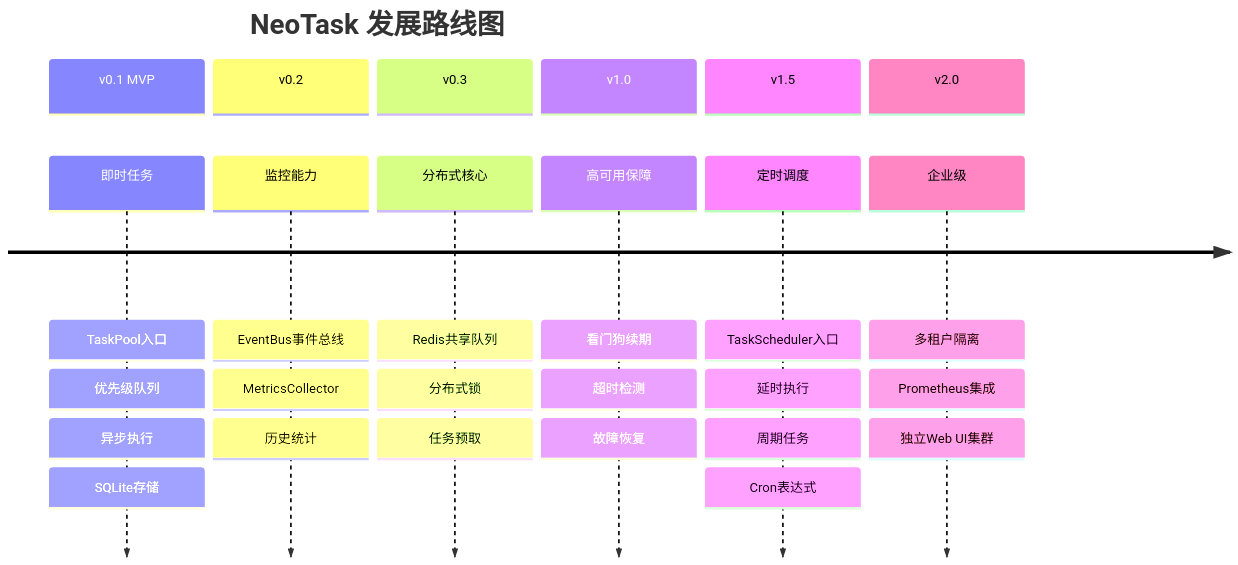
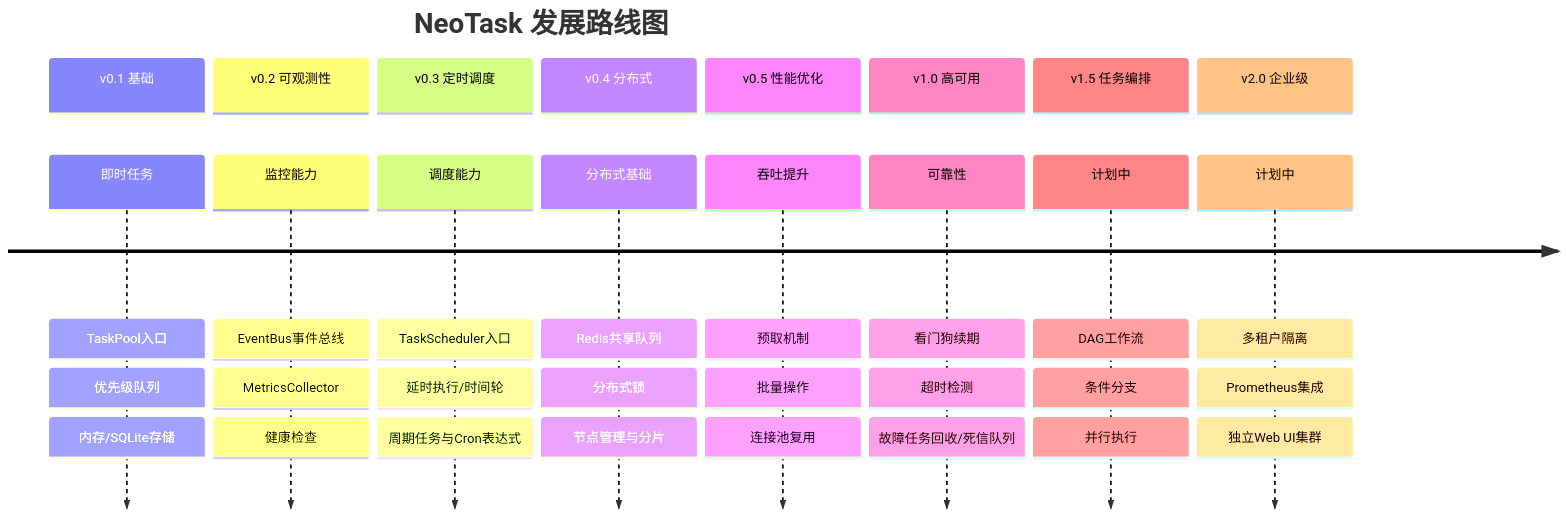
The fifth of 5 diagrams in docs/ARCHITECTURE.md (neopen/neotask), drawn with Mermaid before and after one commit. The commit also changed other lines of this file and 118 other files, not shown here.

````diff
--- a/docs/ARCHITECTURE.md
+++ b/docs/ARCHITECTURE.md
@@ -548,36 +574,44 @@
 ```mermaid
 timeline
     title NeoTask 发展路线图
-    
-    section v0.1 MVP
+
+    section v0.1 基础
         即时任务 : TaskPool入口
                  : 优先级队列
-                 : 异步执行
-                 : SQLite存储
-                 
-    section v0.2
+                 : 内存/SQLite存储
+
+    section v0.2 可观测性
         监控能力 : EventBus事件总线
                  : MetricsCollector
-                 : 历史统计
-                 
-    section v0.3
-        分布式核心 : Redis共享队列
+                 : 健康检查
+
+    section v0.3 定时调度
+        调度能力 : TaskScheduler入口
+                 : 延时执行/时间轮
+                 : 周期任务与Cron表达式
+
+    section v0.4 分布式
+        分布式基础 : Redis共享队列
                    : 分布式锁
-                   : 任务预取
-                   
-    section v1.0
-        高可用保障 : 看门狗续期
-                   : 超时检测
-                   : 故障恢复
+                   : 节点管理与分片
 
-    section v1.5
-        定时调度 : TaskScheduler入口
-                 : 延时执行
-                 : 周期任务
-                 : Cron表达式
-                 
-    section v2.0
-        企业级 : 多租户隔离
+    section v0.5 性能优化
+        吞吐提升 : 预取机制
+                 : 批量操作
+                 : 连接池复用
+
+    section v1.0 高可用
+        可靠性 : 看门狗续期
+               : 超时检测
+               : 故障任务回收/死信队列
+
+    section v1.5 任务编排
+        计划中 : DAG工作流
+               : 条件分支
+               : 并行执行
+
+    section v2.0 企业级
+        计划中 : 多租户隔离
                : Prometheus集成
                : 独立Web UI集群
 ```
````
